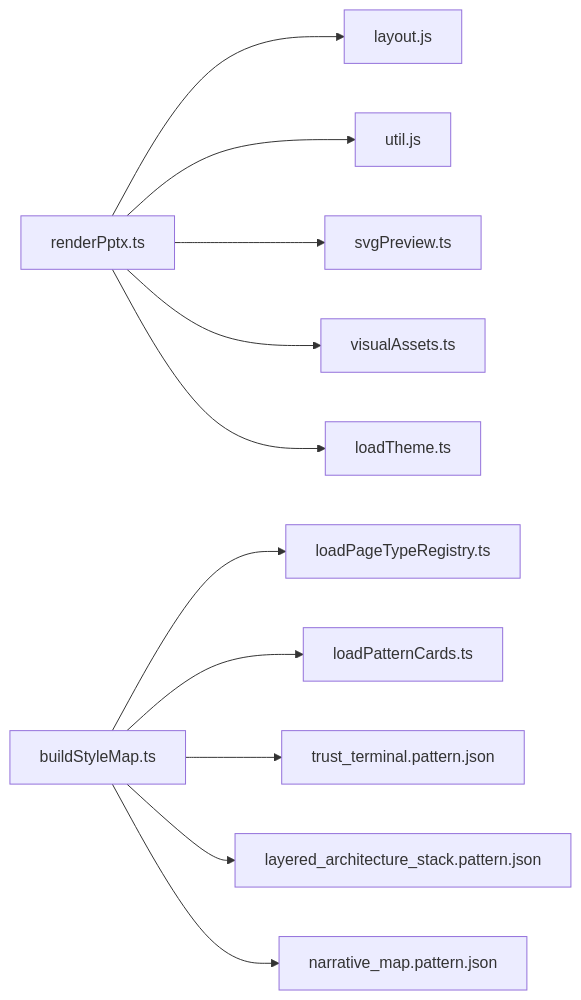
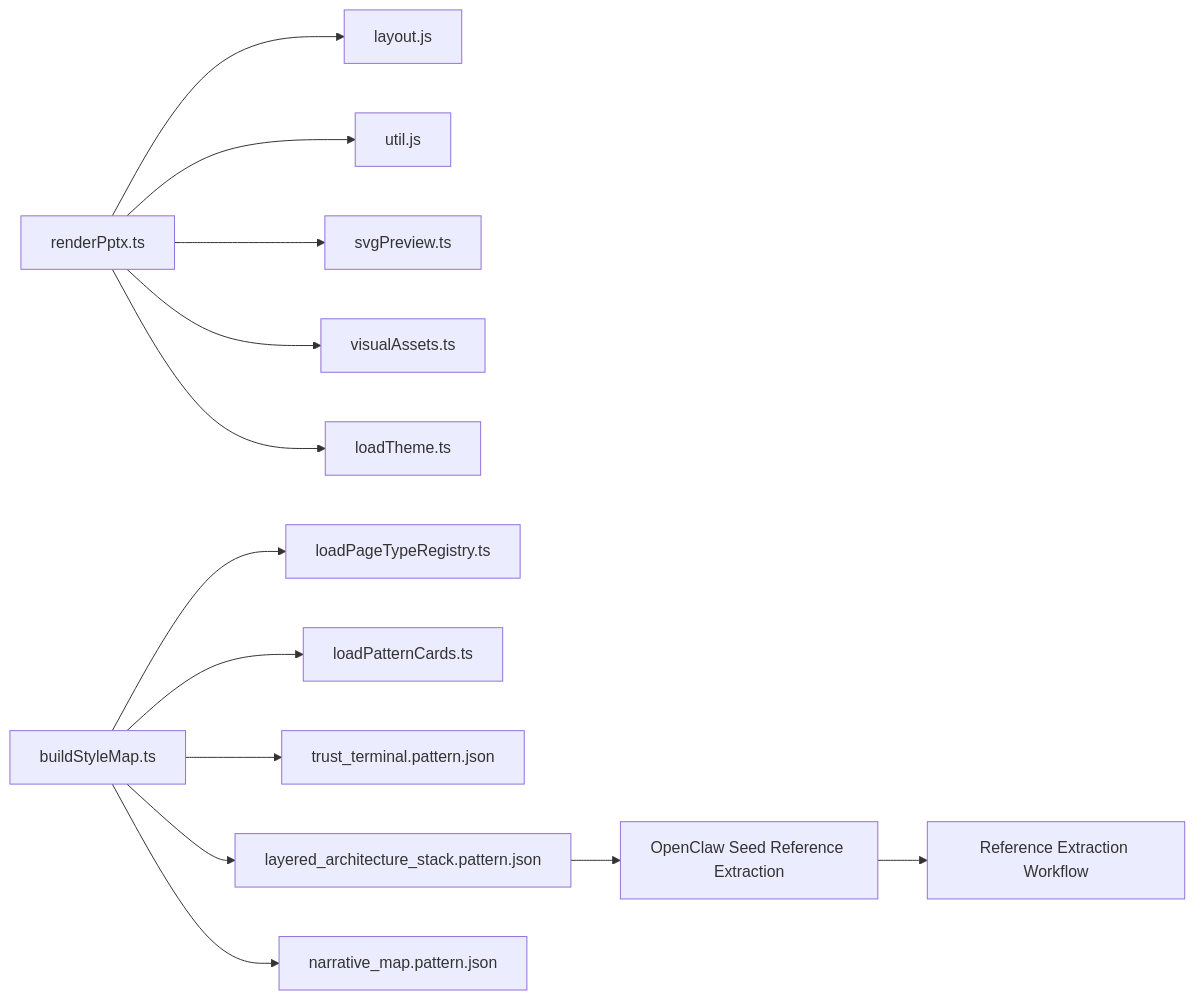
The sixth of 6 diagrams in .qoder/repowiki/en/content/Rendering Pipeline/Rendering Pipeline.md (brantzh6/deepPPT), drawn with Mermaid before and after one commit. The commit also changed other lines of this file and 6 other files, not shown here.

Commit message:
Redesign layered_architecture_stack with modern control panel style

````diff
--- a/.qoder/repowiki/en/content/Rendering Pipeline/Rendering Pipeline.md
+++ b/.qoder/repowiki/en/content/Rendering Pipeline/Rendering Pipeline.md
@@ -404,13 +409,15 @@
 ```mermaid
 graph LR
 RPTX["renderPptx.ts"] --> LYT["layout.js"]
 RPTX --> UTL["util.js"]
 RPTX --> SVP["svgPreview.ts"]
 RPTX --> VAS["visualAssets.ts"]
 RPTX --> LTM["loadTheme.ts"]
 BSM["buildStyleMap.ts"] --> LPTR["loadPageTypeRegistry.ts"]
 BSM --> LPC["loadPatternCards.ts"]
 BSM --> TT["trust_terminal.pattern.json"]
 BSM --> LAS["layered_architecture_stack.pattern.json"]
 BSM --> NM["narrative_map.pattern.json"]
+LAS --> REF["OpenClaw Seed Reference Extraction"]
+REF --> WFLOW["Reference Extraction Workflow"]
 ```
````
